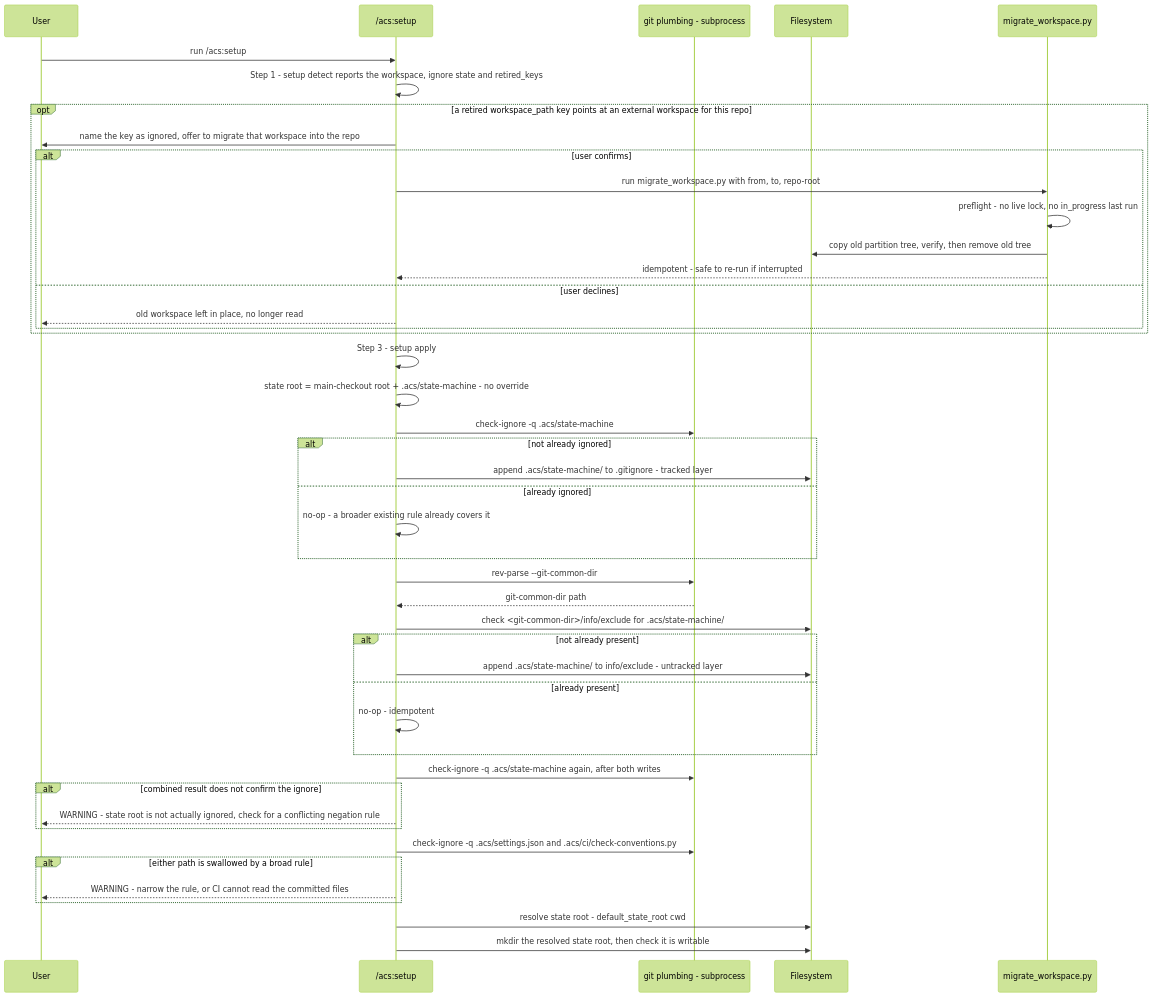
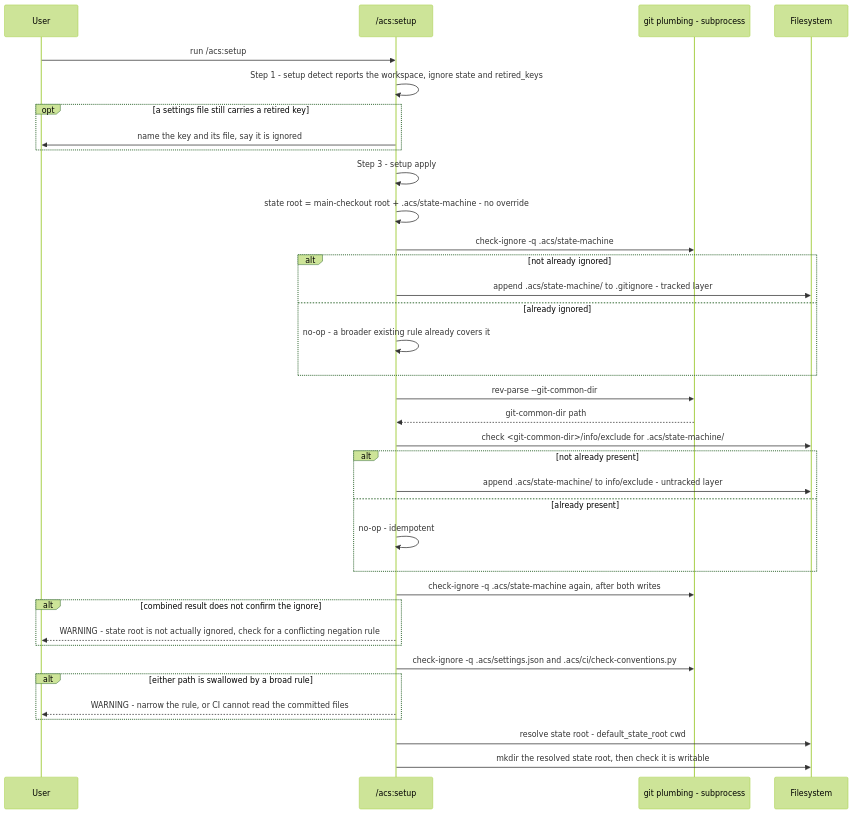
One commit to globalmindsolution/gms-marketplace changed the diagram in docs/architecture/lld/flows/setup-state-root-setup.md. Above: the diagram before and after it, drawn with Mermaid (forest theme). The commit also changed other lines of this file and 45 other files, not shown here.

````diff
--- a/docs/architecture/lld/flows/setup-state-root-setup.md
+++ b/docs/architecture/lld/flows/setup-state-root-setup.md
@@ -19,48 +22,39 @@
 ```mermaid
 sequenceDiagram
     participant User
     participant Init as /acs:setup
     participant Git as git plumbing - subprocess
     participant FS as Filesystem
-    participant Mig as migrate_workspace.py
 
     User->>Init: run /acs:setup
     Init->>Init: Step 1 - setup detect reports the workspace, ignore state and retired_keys
-    opt a retired workspace_path key points at an external workspace for this repo
-        Init->>User: name the key as ignored, offer to migrate that workspace into the repo
-        alt user confirms
-            Init->>Mig: run migrate_workspace.py with from, to, repo-root
-            Mig->>Mig: preflight - no live lock, no in_progress last run
-            Mig->>FS: copy old partition tree, verify, then remove old tree
-            Mig-->>Init: idempotent - safe to re-run if interrupted
-        else user declines
-            Init-->>User: old workspace left in place, no longer read
-        end
+    opt a settings file still carries a retired key
+        Init->>User: name the key and its file, say it is ignored
     end
     Init->>Init: Step 3 - setup apply
     Init->>Init: state root = main-checkout root + .acs/state-machine - no override
     Init->>Git: check-ignore -q .acs/state-machine
     alt not already ignored
         Init->>FS: append .acs/state-machine/ to .gitignore - tracked layer
     else already ignored
         Init->>Init: no-op - a broader existing rule already covers it
     end
     Init->>Git: rev-parse --git-common-dir
     Git-->>Init: git-common-dir path
     Init->>FS: check <git-common-dir>/info/exclude for .acs/state-machine/
     alt not already present
         Init->>FS: append .acs/state-machine/ to info/exclude - untracked layer
     else already present
         Init->>Init: no-op - idempotent
     end
     Init->>Git: check-ignore -q .acs/state-machine again, after both writes
     alt combined result does not confirm the ignore
         Init-->>User: WARNING - state root is not actually ignored, check for a conflicting negation rule
     end
     Init->>Git: check-ignore -q .acs/settings.json and .acs/ci/check-conventions.py
     alt either path is swallowed by a broad rule
         Init-->>User: WARNING - narrow the rule, or CI cannot read the committed files
     end
     Init->>FS: resolve state root - default_state_root cwd
     Init->>FS: mkdir the resolved state root, then check it is writable
 ```
````
